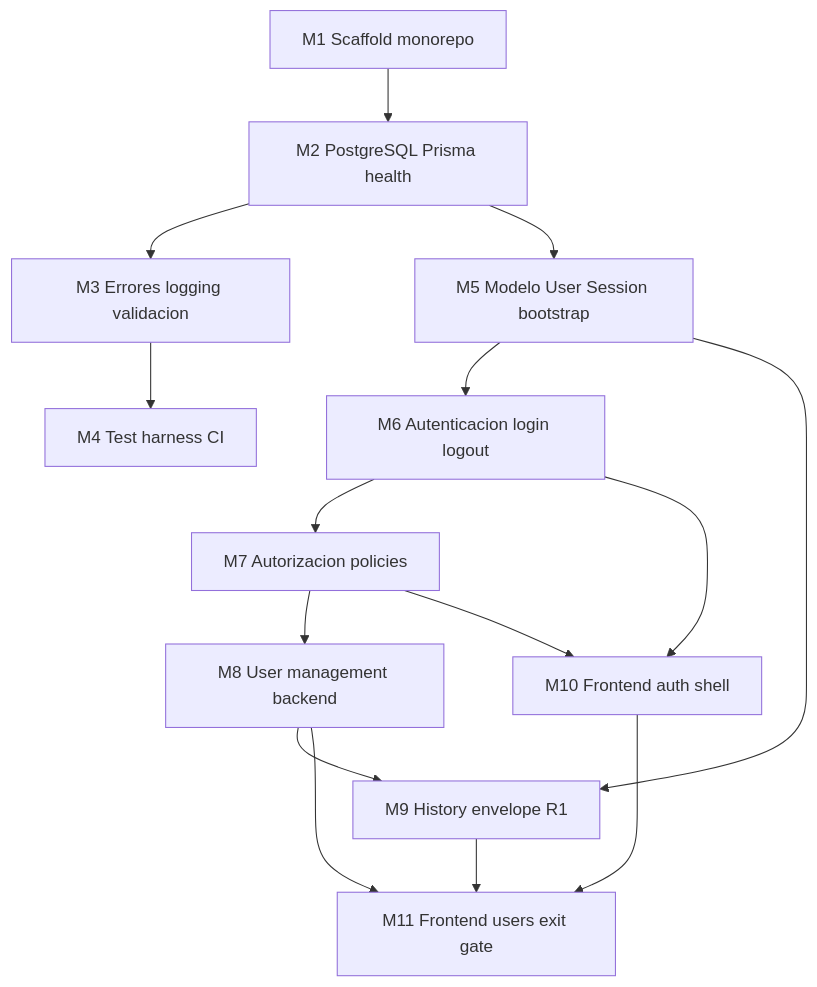
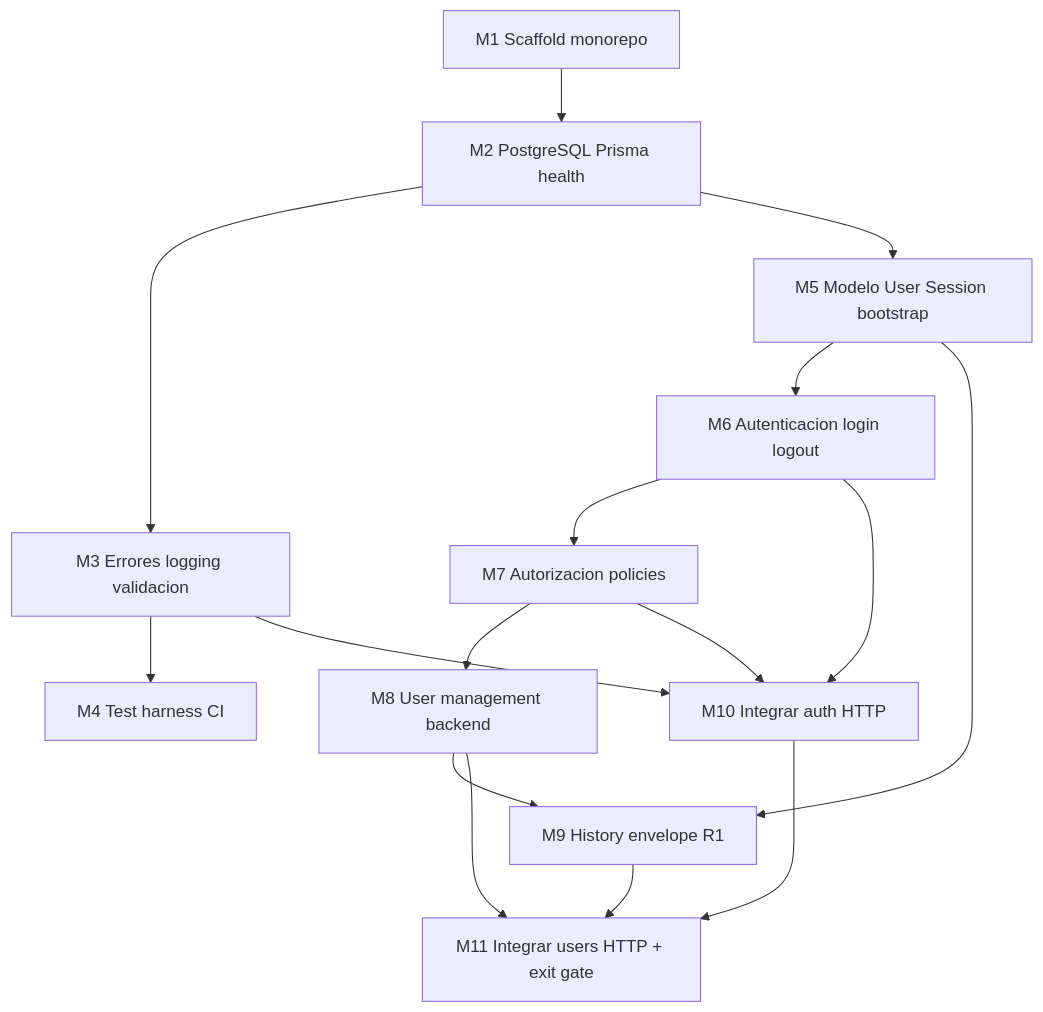
Before and after one commit to ManyVargas/truck-parts-system: the diagram in docs/plans_api/plan-001.md, drawn with Mermaid. The commit also changed other lines of this file and 184 other files, not shown here.

````diff
--- a/docs/plans_api/plan-001.md
+++ b/docs/plans_api/plan-001.md
@@ -48,24 +111,25 @@
 ```mermaid
 flowchart TD
   M1[M1 Scaffold monorepo]
   M2[M2 PostgreSQL Prisma health]
   M3[M3 Errores logging validacion]
   M4[M4 Test harness CI]
   M5[M5 Modelo User Session bootstrap]
   M6[M6 Autenticacion login logout]
   M7[M7 Autorizacion policies]
   M8[M8 User management backend]
   M9[M9 History envelope R1]
-  M10[M10 Frontend auth shell]
-  M11[M11 Frontend users exit gate]
+  M10[M10 Integrar auth HTTP]
+  M11[M11 Integrar users HTTP + exit gate]
 
   M1 --> M2 --> M3 --> M4
   M2 --> M5 --> M6 --> M7 --> M8
   M5 --> M9
   M8 --> M9
+  M3 --> M10
   M6 --> M10
   M7 --> M10
   M8 --> M11
   M9 --> M11
   M10 --> M11
 ```
````
